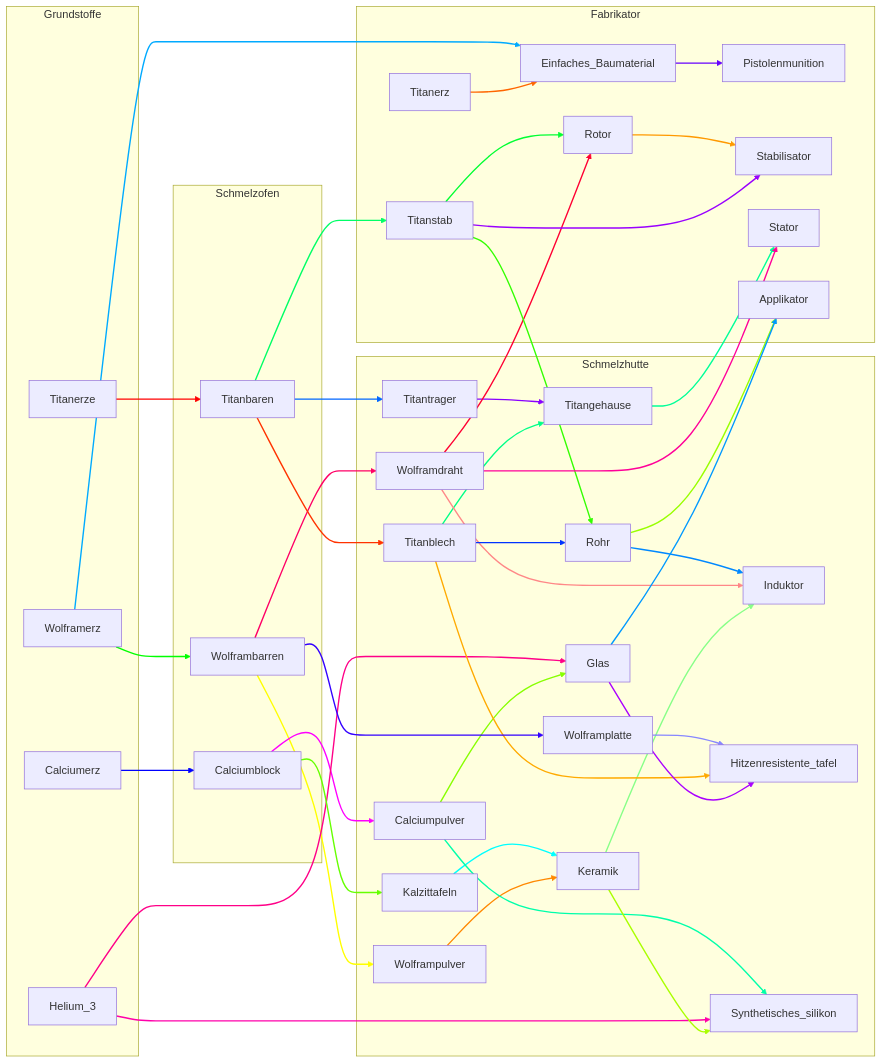
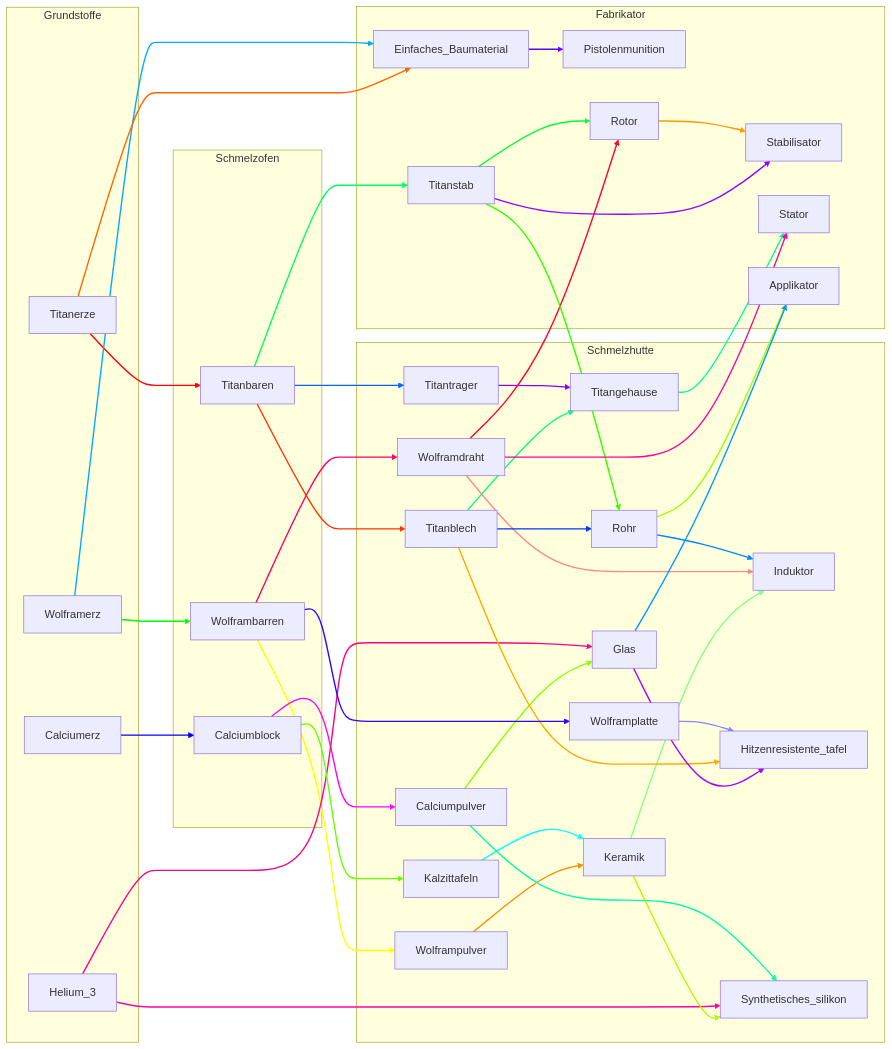
The diagram in tree.md (andrevdl/StarRuptere), drawn with Mermaid before and after one commit.

```diff
--- a/tree.md
+++ b/tree.md
@@ -37,7 +37,7 @@
     end
     subgraph Fabrikator
         Wolframerz-->Einfaches_Baumaterial;
-        Titanerz-->Einfaches_Baumaterial;
+        Titanerze-->Einfaches_Baumaterial;
         Einfaches_Baumaterial-->Pistolenmunition;
         Titanbaren-->Titanstab;
         Wolframbarren-->Wolframdraht;
```
